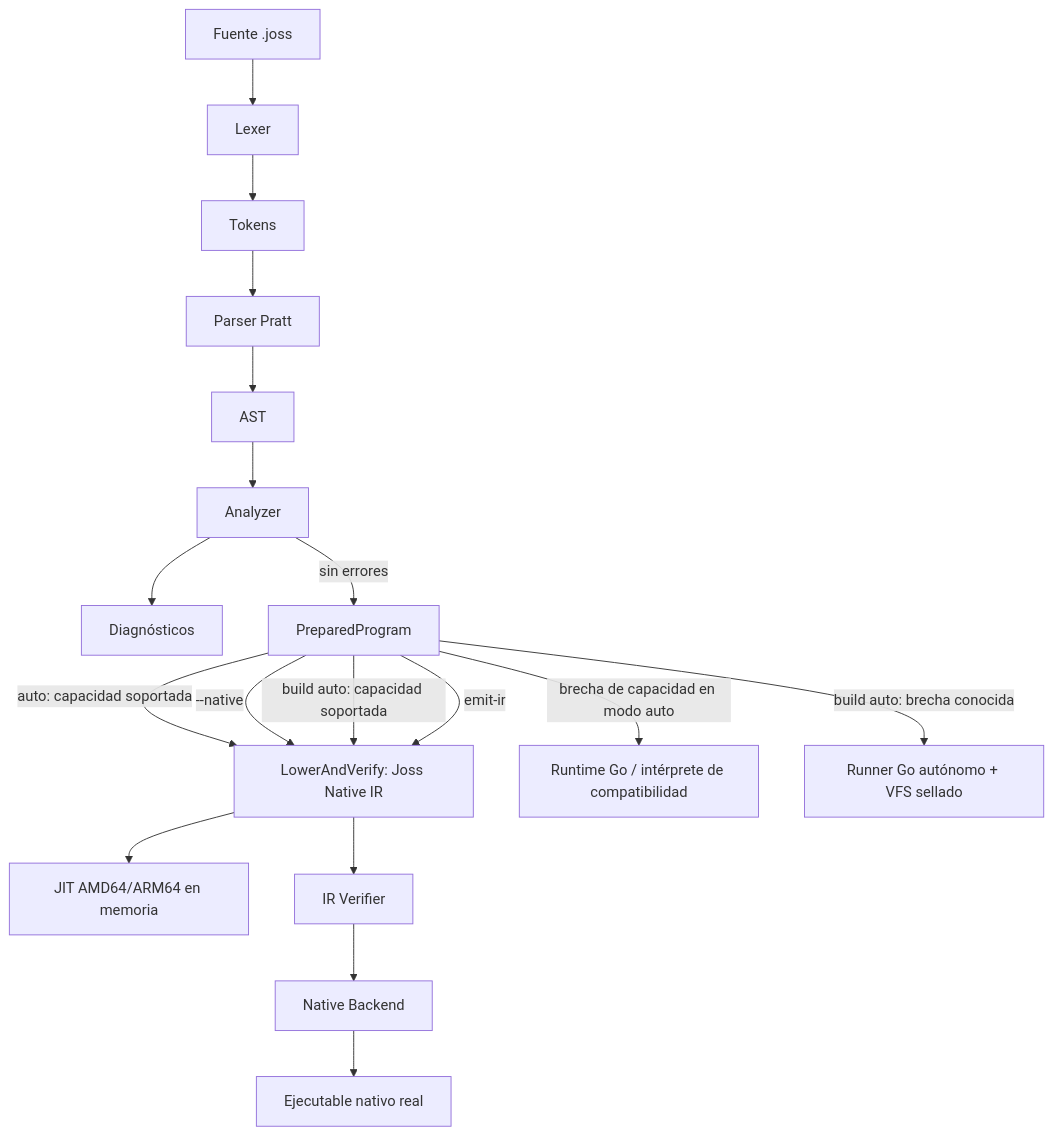
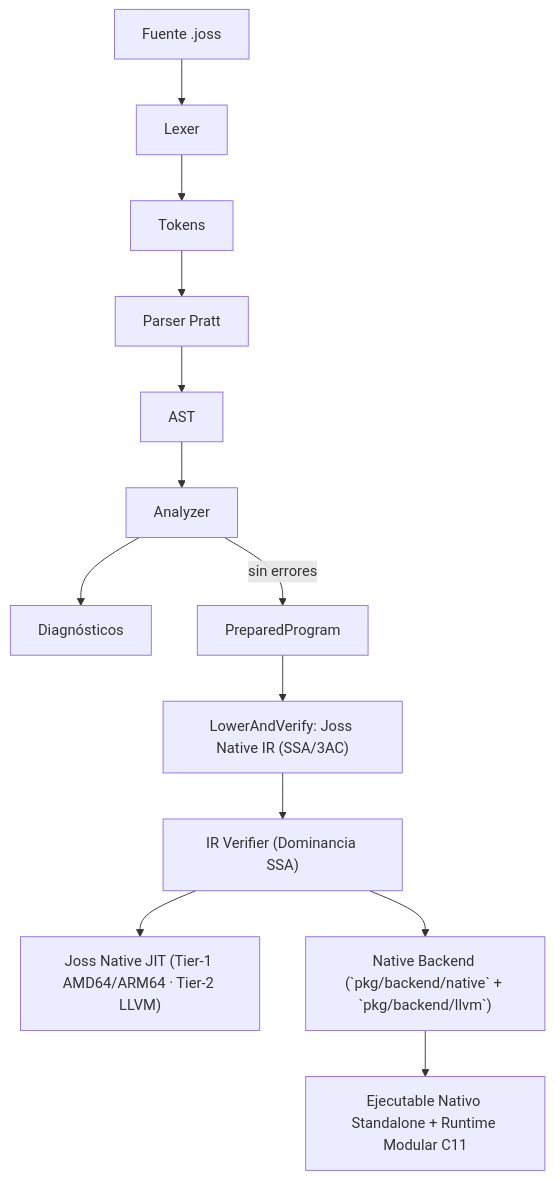
One commit to joss-language/Joss-Programming-Language changed the diagram in docs/ARQUITECTURA.md. Above: the diagram before and after it, drawn with Mermaid. The commit also changed other lines of this file and 8 other files, not shown here.

Commit message:
docs(benchmark): update benchmark.md with v3.6.8.3 Joss Native results and sync README/docs for 100% native engine

````diff
--- a/docs/ARQUITECTURA.md
+++ b/docs/ARQUITECTURA.md
@@ -23,20 +24,15 @@
 ```mermaid
 flowchart TD
     S["Fuente .joss"] --> L["Lexer"]
     L --> T["Tokens"]
     T --> P["Parser Pratt"]
     P --> A["AST"]
     A --> N["Analyzer"]
     N --> D["Diagnósticos"]
     N -->|sin errores| PP["PreparedProgram"]
-    PP -->|auto: capacidad soportada| IR["LowerAndVerify: Joss Native IR"]
-    IR --> JIT["JIT AMD64/ARM64 en memoria"]
-    PP -->|brecha de capacidad en modo auto| GO["Runtime Go / intérprete de compatibilidad"]
-    PP -->|--native| IR
-    PP -->|build auto: capacidad soportada| IR
-    PP -->|build auto: brecha conocida| RUNNER["Runner Go autónomo + VFS sellado"]
-    PP -->|emit-ir| IR
-    IR --> V["IR Verifier"]
-    V --> NB["Native Backend"]
-    NB --> EXE["Ejecutable nativo real"]
+    PP --> IR["LowerAndVerify: Joss Native IR (SSA/3AC)"]
+    IR --> V["IR Verifier (Dominancia SSA)"]
+    V --> JIT["Joss Native JIT (Tier-1 AMD64/ARM64 · Tier-2 LLVM)"]
+    V --> NB["Native Backend (`pkg/backend/native` + `pkg/backend/llvm`)"]
+    NB --> EXE["Ejecutable Nativo Standalone + Runtime Modular C11"]
 ```
````
